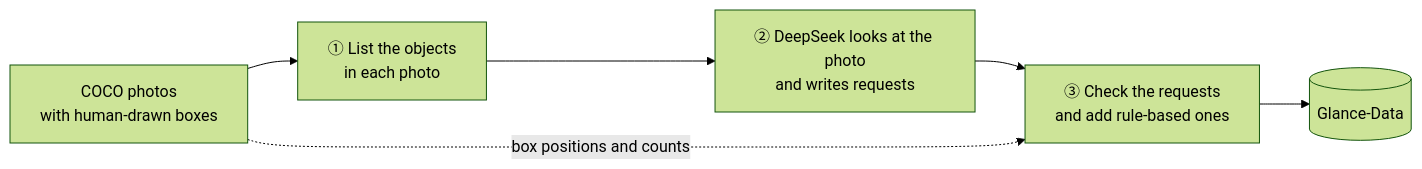
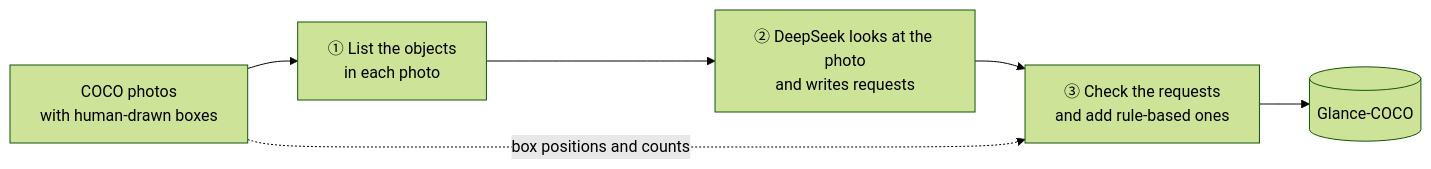
Before and after one commit to Vision-Decision/Glance-COCO: the diagram in README.md, drawn with Mermaid (forest theme). The commit also changed other lines of this file and 9 other files, not shown here.

First line of the commit message:
Rename Glance-Data to Glance-COCO in docs and links

````diff
--- a/README.md
+++ b/README.md
@@ -88,8 +88,8 @@
 ```mermaid
 flowchart LR
     A["COCO photos<br/>with human-drawn boxes"] --> B["① List the objects<br/>in each photo"]
     B --> C["② DeepSeek looks at the photo<br/>and writes requests"]
     C --> D["③ Check the requests<br/>and add rule-based ones"]
     A -. "box positions and counts" .-> D
-    D --> E[("Glance-Data")]
+    D --> E[("Glance-COCO")]
 ```
````
